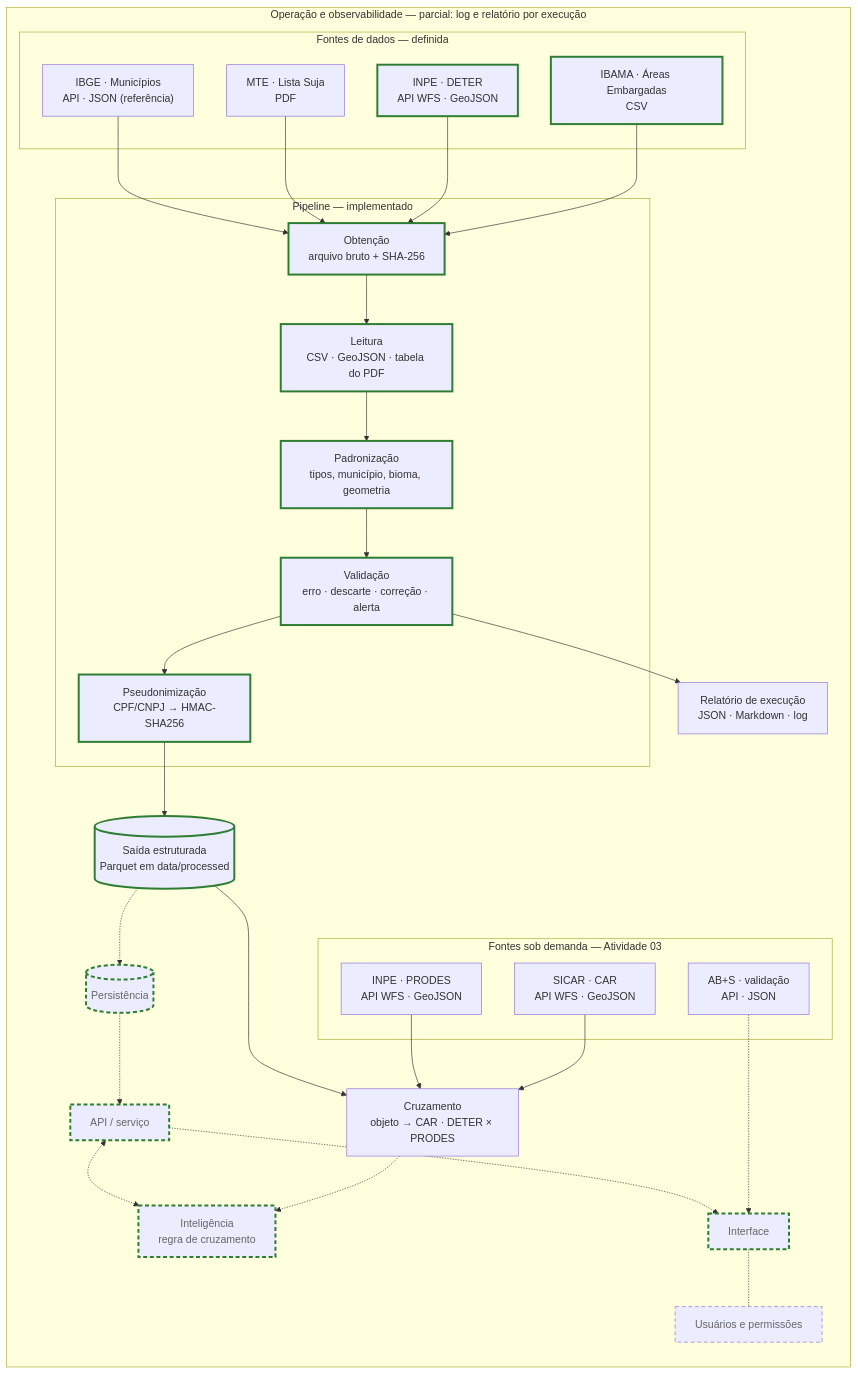
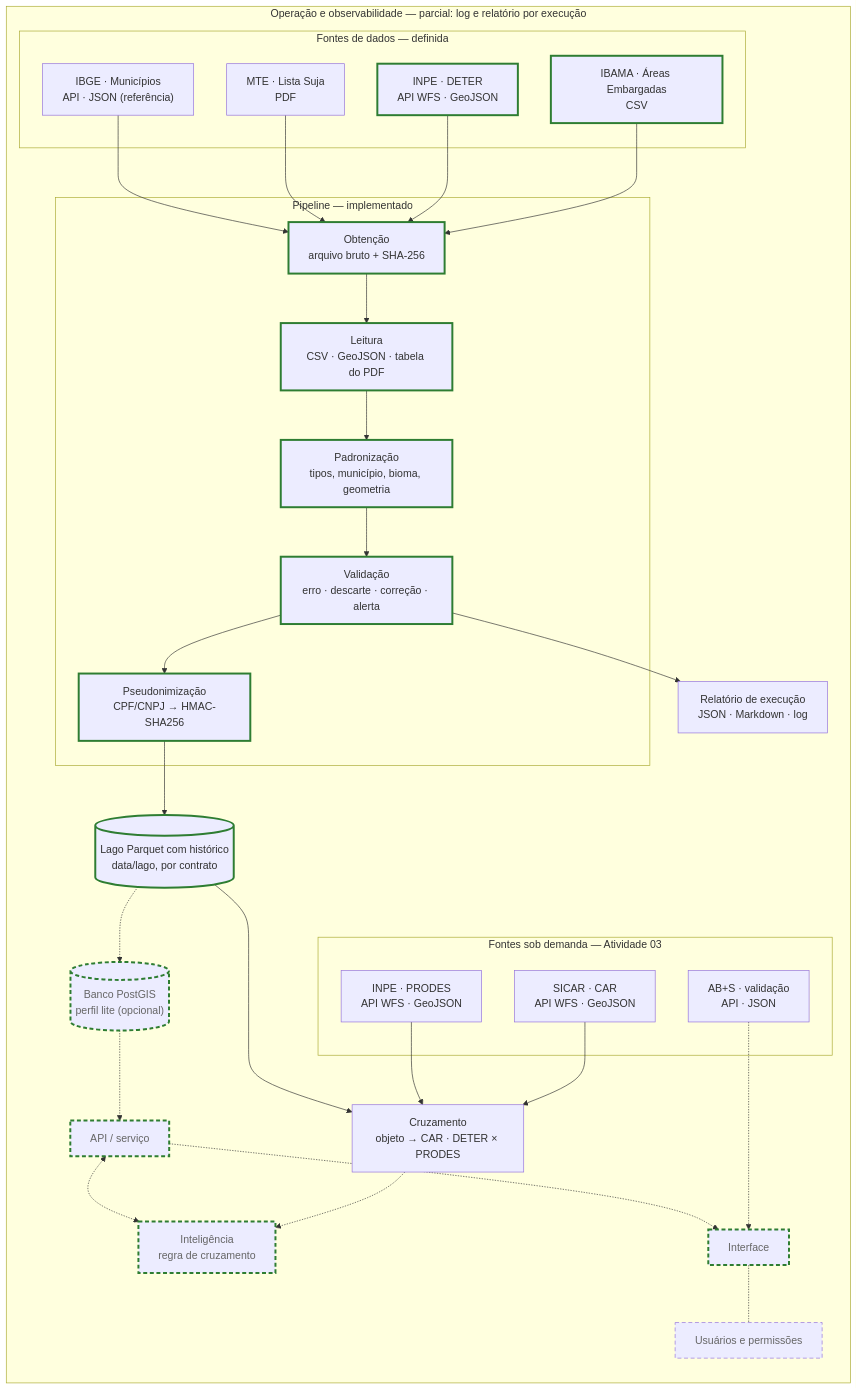
The diagram in docs/arquitetura/arquitetura.md (lipe0312/siod-projeto-2026-2), drawn with Mermaid before and after one commit. The commit also changed other lines of this file and 12 other files, not shown here.

First line of the commit message:
Persistência: rotina, evidências e documentação do lago e do banco

````diff
--- a/docs/arquitetura/arquitetura.md
+++ b/docs/arquitetura/arquitetura.md
@@ -20,49 +20,49 @@
 ```mermaid
 flowchart LR
   subgraph OPS["Operação e observabilidade — parcial: log e relatório por execução"]
     subgraph FONTES["Fontes de dados — definida"]
       F1["IBAMA · Áreas Embargadas<br/>CSV"]
       F2["INPE · DETER<br/>API WFS · GeoJSON"]
       F3["MTE · Lista Suja<br/>PDF"]
       F4["IBGE · Municípios<br/>API · JSON (referência)"]
     end
     subgraph SOB["Fontes sob demanda — Atividade 03"]
       D1["SICAR · CAR<br/>API WFS · GeoJSON"]
       D2["INPE · PRODES<br/>API WFS · GeoJSON"]
       D3["AB+S · validação<br/>API · JSON"]
     end
     CRZ["Cruzamento<br/>objeto → CAR · DETER × PRODES"]
     subgraph PIPE["Pipeline — implementado"]
       P1["Obtenção<br/>arquivo bruto + SHA-256"] --> P2["Leitura<br/>CSV · GeoJSON · tabela do PDF"]
       P2 --> P3["Padronização<br/>tipos, município, bioma, geometria"]
       P3 --> P4["Validação<br/>erro · descarte · correção · alerta"]
       P4 --> P5["Pseudonimização<br/>CPF/CNPJ → HMAC-SHA256"]
     end
-    S1[("Saída estruturada<br/>Parquet em data/processed")]
+    S1[("Lago Parquet com histórico<br/>data/lago, por contrato")]
     S2["Relatório de execução<br/>JSON · Markdown · log"]
-    PER[("Persistência")]
+    PER[("Banco PostGIS<br/>perfil lite (opcional)")]
     API["API / serviço"]
     UI["Interface"]
     IA["Inteligência<br/>regra de cruzamento"]
     USR["Usuários e permissões"]
   end
   F1 --> P1
   F2 --> P1
   F3 --> P1
   F4 --> P1
   P5 --> S1
   P4 --> S2
   D1 --> CRZ
   D2 --> CRZ
   S1 --> CRZ
   CRZ -.-> IA
   D3 -.-> UI
   S1 -.-> PER -.-> API -.-> UI
   API <-.-> IA
   UI -.- USR
 
   classDef previsto stroke-dasharray: 6 4,color:#666
   classDef fatia stroke:#2e7d32,stroke-width:3px
   class PER,API,UI,IA,USR previsto
   class F1,F2,P1,P2,P3,P4,P5,S1,PER,API,UI,IA fatia
 ```
````
